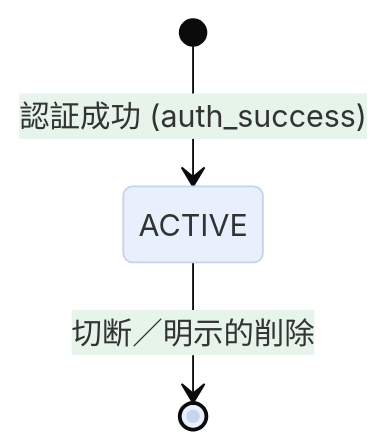
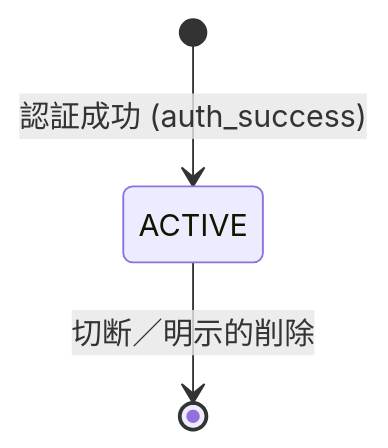
Before and after one commit to ibukani/iris-mind: the second of 5 diagrams in docs/ipc-spec.md, drawn with Mermaid. The commit also changed other lines of this file and 25 other files, not shown here.

````diff
--- a/docs/ipc-spec.md
+++ b/docs/ipc-spec.md
@@ -99,12 +88,5 @@
 ```mermaid
----
-config:
-  theme: base
-  themeVariables:
-    primaryColor: "#e8f0fe"
-    secondaryColor: "#e6f4ea"
----
 stateDiagram-v2
     [*] --> ACTIVE : 認証成功 (auth_success)
     ACTIVE --> [*] : 切断／明示的削除
 ```
````
